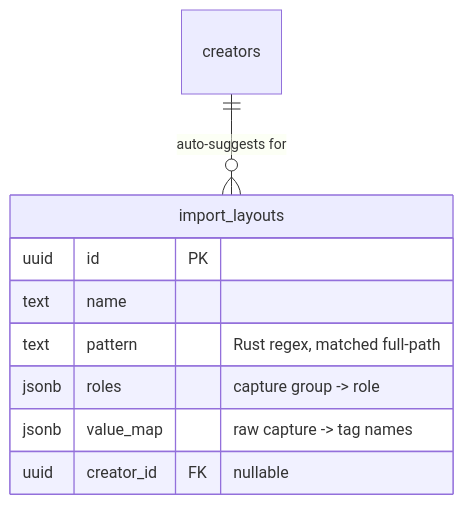
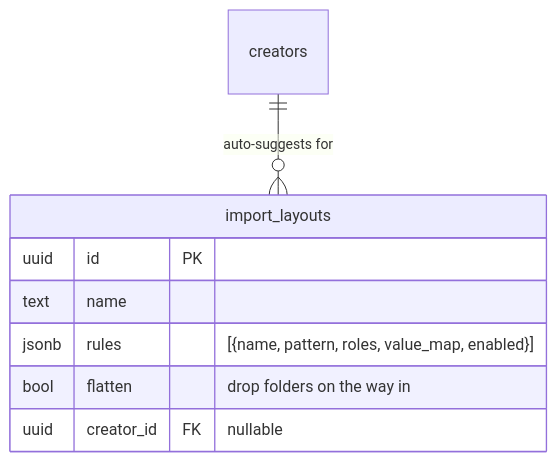
The second of 2 diagrams in docs/plan.md (ndevenish/meshtrove), drawn with Mermaid before and after one commit. The commit also changed other lines of this file and 9 other files, not shown here.

````diff
--- a/docs/plan.md
+++ b/docs/plan.md
@@ -572,12 +589,11 @@
 ```mermaid
 erDiagram
     creators ||--o{ import_layouts : "auto-suggests for"
     import_layouts {
         uuid id PK
         text name
-        text pattern "Rust regex, matched full-path"
-        jsonb roles "capture group -> role"
-        jsonb value_map "raw capture -> tag names"
+        jsonb rules "[{name, pattern, roles, value_map, enabled}]"
+        bool flatten "drop folders on the way in"
         uuid creator_id FK "nullable"
     }
 ```
````
